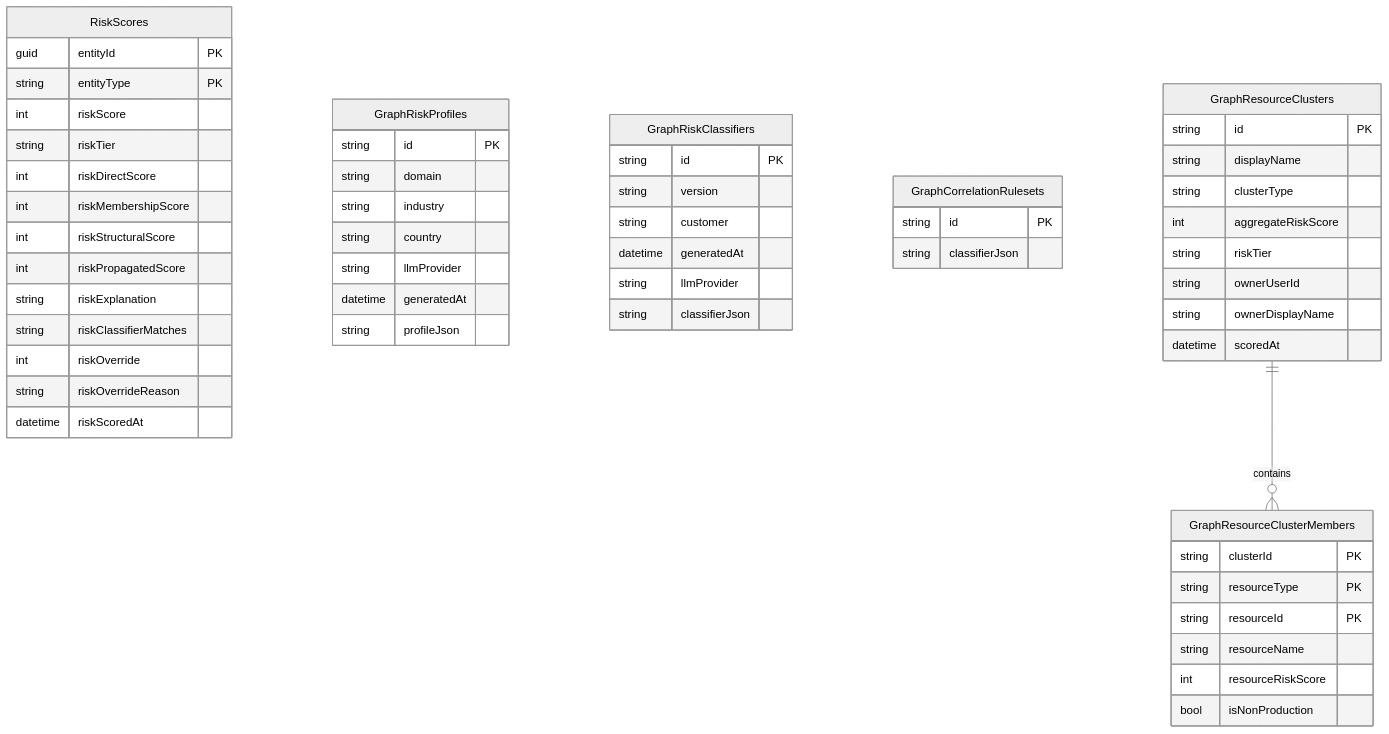
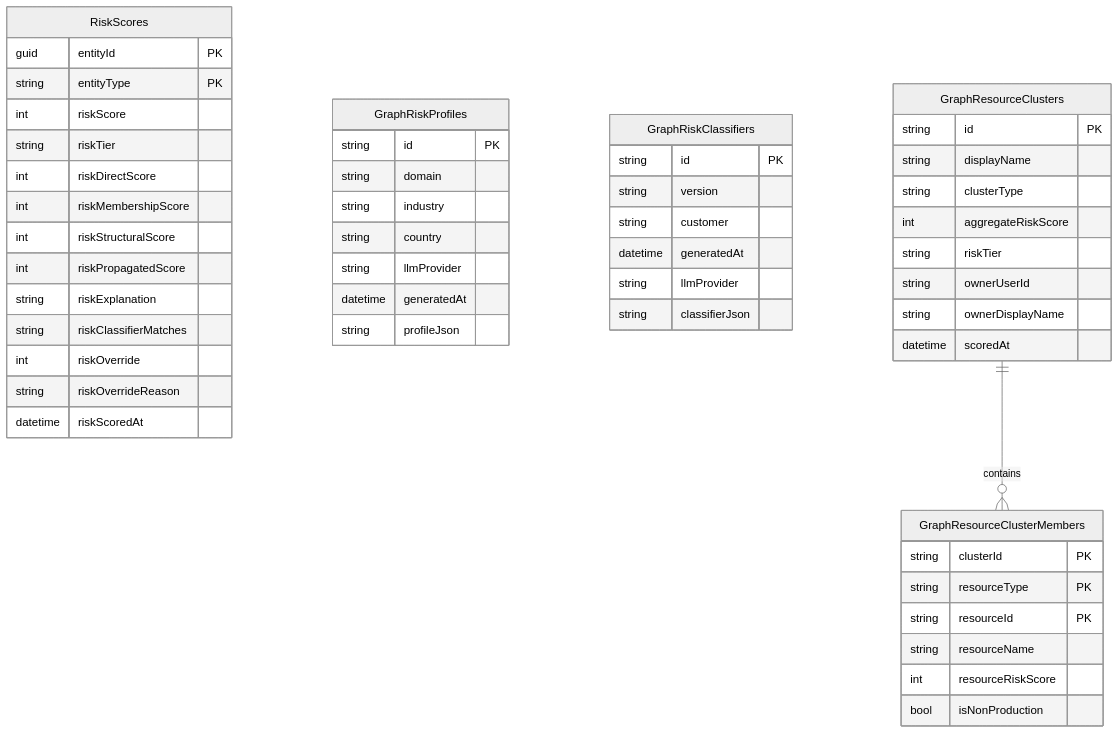
One commit to Fortigi/IdentityAtlas changed the diagram in docs/concepts/risk-scoring-model.md. Above: the diagram before and after it, drawn with Mermaid (neutral theme). The commit also changed other lines of this file and 31 other files, not shown here.

````diff
--- a/docs/concepts/risk-scoring-model.md
+++ b/docs/concepts/risk-scoring-model.md
@@ -34,59 +37,55 @@
 ```mermaid
 erDiagram
     RiskScores {
         guid entityId PK
         string entityType PK
         int riskScore
         string riskTier
         int riskDirectScore
         int riskMembershipScore
         int riskStructuralScore
         int riskPropagatedScore
         string riskExplanation
         string riskClassifierMatches
         int riskOverride
         string riskOverrideReason
         datetime riskScoredAt
     }
     GraphRiskProfiles {
         string id PK
         string domain
         string industry
         string country
         string llmProvider
         datetime generatedAt
         string profileJson
     }
     GraphRiskClassifiers {
         string id PK
         string version
         string customer
         datetime generatedAt
         string llmProvider
         string classifierJson
     }
-    GraphCorrelationRulesets {
-        string id PK
-        string classifierJson
-    }
     GraphResourceClusters {
         string id PK
         string displayName
         string clusterType
         int aggregateRiskScore
         string riskTier
         string ownerUserId
         string ownerDisplayName
         datetime scoredAt
     }
     GraphResourceClusterMembers {
         string clusterId PK
         string resourceType PK
         string resourceId PK
         string resourceName
         int resourceRiskScore
         bool isNonProduction
     }
 
     GraphResourceClusters ||--o{ GraphResourceClusterMembers : "contains"
 ```
````
